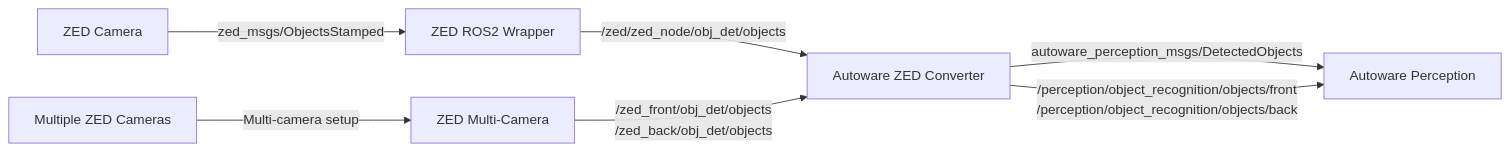
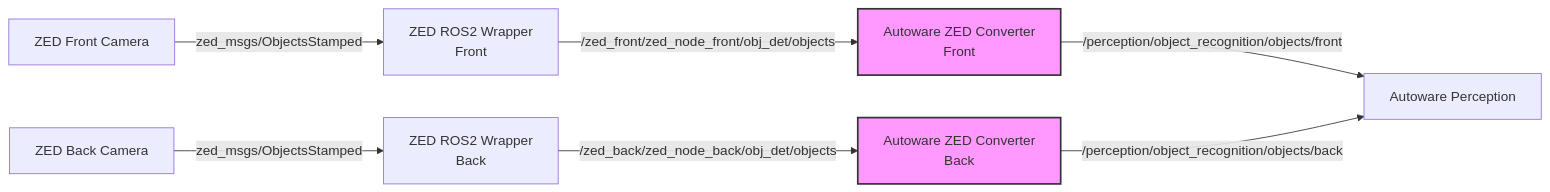
The second of 2 diagrams in README.md (NEWSLabNTU/autoware_zed), drawn with Mermaid before and after one commit. The commit also changed other lines of this file, not shown here.

Commit message:
Revise the architecture graph in README.md.

````diff
--- a/README.md
+++ b/README.md
@@ -11,10 +22,14 @@
 ```mermaid
 graph LR
-    A[ZED Camera] -->|zed_msgs/ObjectsStamped| B[ZED ROS2 Wrapper]
-    B -->|/zed/zed_node/obj_det/objects| C[Autoware ZED Converter]
-    C -->|autoware_perception_msgs/DetectedObjects| D[Autoware Perception]
+    A1[ZED Front Camera] -->|zed_msgs/ObjectsStamped| B1[ZED ROS2 Wrapper<br>Front]
+    A2[ZED Back Camera] -->|zed_msgs/ObjectsStamped| B2[ZED ROS2 Wrapper<br>Back]
 
-    E[Multiple ZED Cameras] -->|Multi-camera setup| F[ZED Multi-Camera]
-    F -->|/zed_front/obj_det/objects<br>/zed_back/obj_det/objects| C
-    C -->|/perception/object_recognition/objects/front<br>/perception/object_recognition/objects/back| D
+    B1 -->|/zed_front/zed_node_front/obj_det/objects| C1[Autoware ZED Converter<br>Front]
+    B2 -->|/zed_back/zed_node_back/obj_det/objects| C2[Autoware ZED Converter<br>Back]
+
+    C1 -->|/perception/object_recognition/objects/front| D[Autoware Perception]
+    C2 -->|/perception/object_recognition/objects/back| D
+
+    style C1 fill:#f9f,stroke:#333,stroke-width:2px
+    style C2 fill:#f9f,stroke:#333,stroke-width:2px
 ```
````
